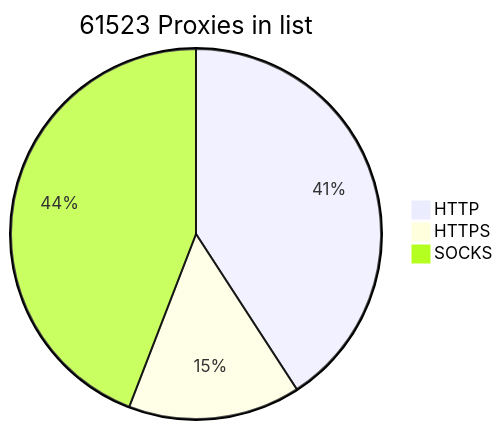
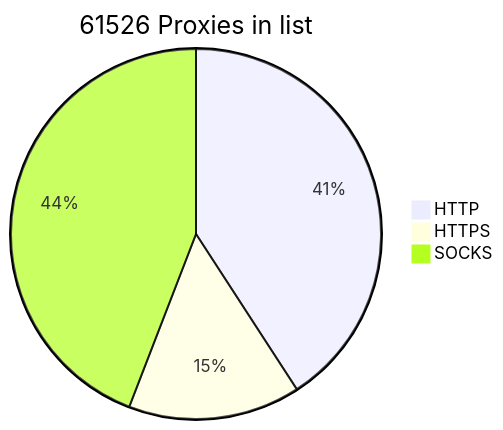
One commit to BlackSnowDot/proxylist-update-every-minute changed the diagram in README.md. Above: the diagram before and after it, drawn with Mermaid.

````diff
--- a/README.md
+++ b/README.md
@@ -2,6 +2,6 @@
 ```mermaid
-pie title 61523 Proxies in list
-    "HTTP" : 28507
+pie title 61526 Proxies in list
+    "HTTP" : 28508
     "HTTPS": 10495
-    "SOCKS" : 30807
+    "SOCKS" : 30809
 ```
````
